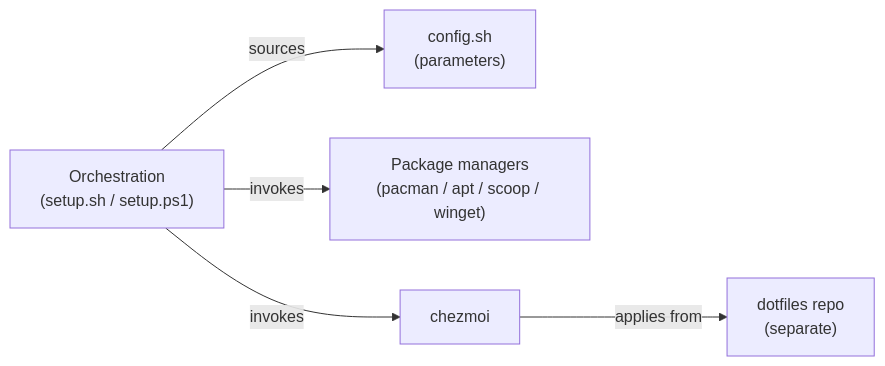
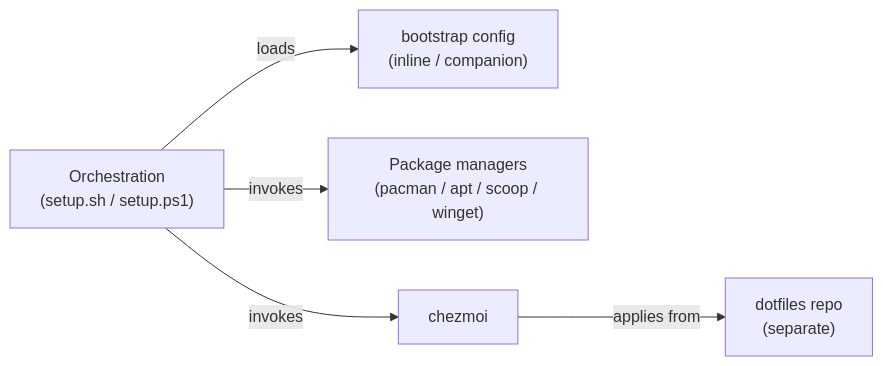
One commit to HaberkornJonas/config-v2 changed the first of 3 diagrams in _bmad-output/planning-artifacts/architecture/architecture-config-v2-2026-08-05/ARCHITECTURE-SPINE.md. Above: the diagram before and after it, drawn with Mermaid. The commit also changed other lines of this file and 13 other files, not shown here.

````diff
--- a/_bmad-output/planning-artifacts/architecture/architecture-config-v2-2026-08-05/ARCHITECTURE-SPINE.md
+++ b/_bmad-output/planning-artifacts/architecture/architecture-config-v2-2026-08-05/ARCHITECTURE-SPINE.md
@@ -73,13 +73,13 @@
 ```mermaid
 graph LR
     O["Orchestration\n(setup.sh / setup.ps1)"]
-    CFG["config.sh\n(parameters)"]
+    CFG["bootstrap config\n(inline / companion)"]
     PKG["Package managers\n(pacman / apt / scoop / winget)"]
     CM["chezmoi"]
     DF["dotfiles repo\n(separate)"]
 
-    O -->|sources| CFG
+    O -->|loads| CFG
     O -->|invokes| PKG
     O -->|invokes| CM
     CM -->|applies from| DF
 ```
````
